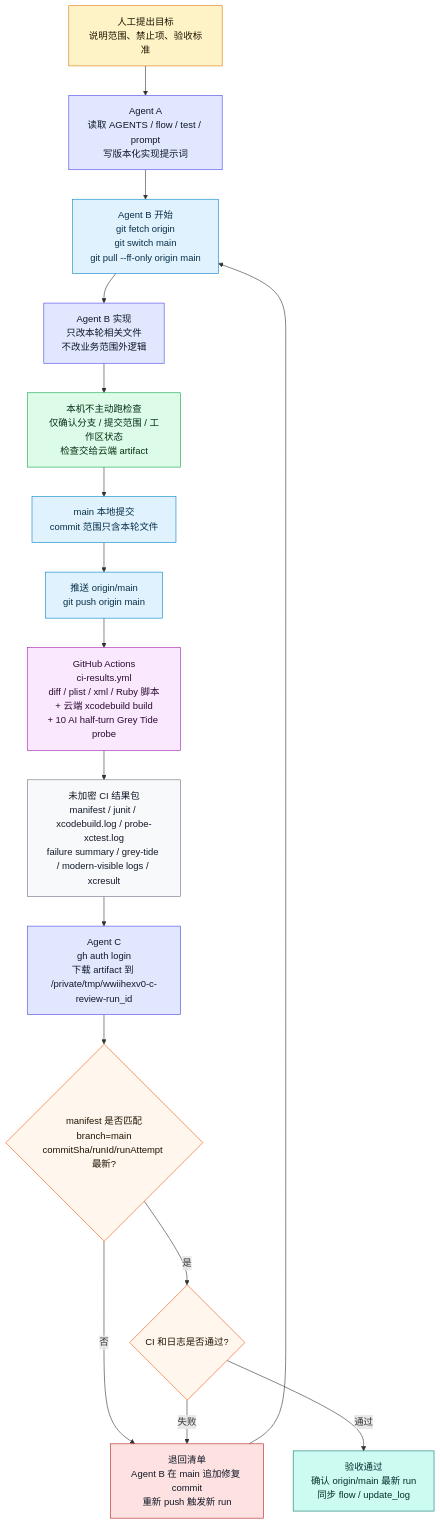
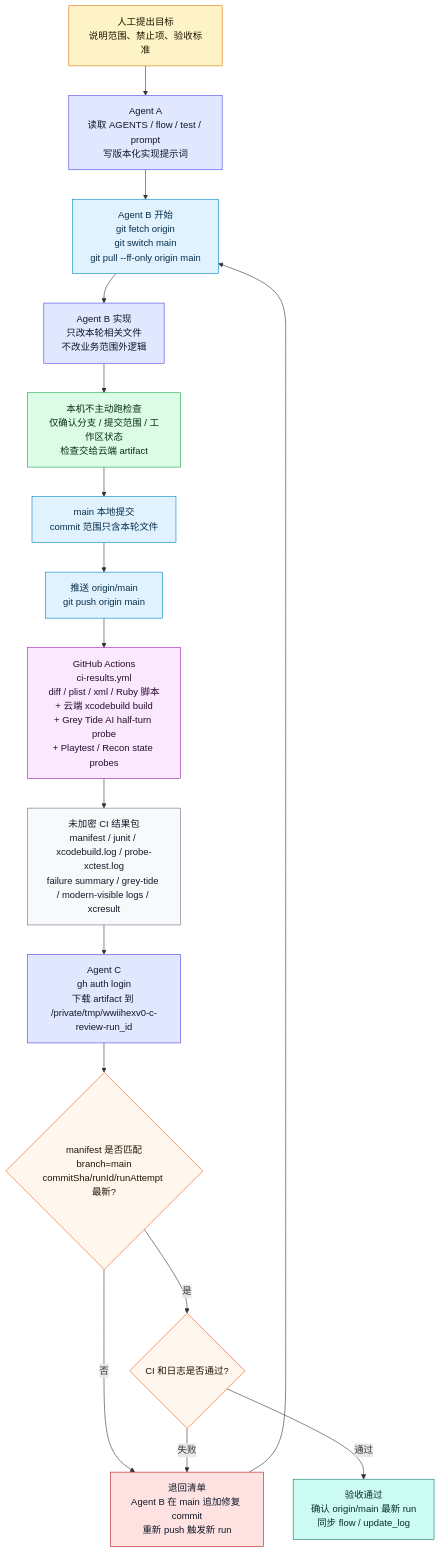
Before and after one commit to Altman-sam114/127: the first of 20 diagrams in md/flow/flowchart.md, drawn with Mermaid. The commit also changed 7 other files, not shown here.

Commit message:
test: add playtest mission probes

````diff
--- a/md/flow/flowchart.md
+++ b/md/flow/flowchart.md
@@ -31,33 +31,33 @@
 ```mermaid
 flowchart TD
     HUMAN["人工提出目标<br/>说明范围、禁止项、验收标准"]:::input
     A["Agent A<br/>读取 AGENTS / flow / test / prompt<br/>写版本化实现提示词"]:::agent
     B0["Agent B 开始<br/>git fetch origin<br/>git switch main<br/>git pull --ff-only origin main"]:::git
     B1["Agent B 实现<br/>只改本轮相关文件<br/>不改业务范围外逻辑"]:::agent
     LOCAL["本机不主动跑检查<br/>仅确认分支 / 提交范围 / 工作区状态<br/>检查交给云端 artifact"]:::check
     COMMIT["main 本地提交<br/>commit 范围只含本轮文件"]:::git
     PUSH["推送 origin/main<br/>git push origin main"]:::git
-    GHA["GitHub Actions<br/>ci-results.yml<br/>diff / plist / xml / Ruby 脚本<br/>+ 云端 xcodebuild build<br/>+ 10 AI half-turn Grey Tide probe"]:::cloud
+    GHA["GitHub Actions<br/>ci-results.yml<br/>diff / plist / xml / Ruby 脚本<br/>+ 云端 xcodebuild build<br/>+ Grey Tide AI half-turn probe<br/>+ Playtest / Recon state probes"]:::cloud
     ART["未加密 CI 结果包<br/>manifest / junit / xcodebuild.log / probe-xctest.log<br/>failure summary / grey-tide / modern-visible logs / xcresult"]:::artifact
     C0["Agent C<br/>gh auth login<br/>下载 artifact 到 /private/tmp/wwiihexv0-c-review-run_id"]:::agent
     C1{"manifest 是否匹配<br/>branch=main<br/>commitSha/runId/runAttempt 最新?"}:::decision
     C2{"CI 和日志是否通过?"}:::decision
     REJECT["退回清单<br/>Agent B 在 main 追加修复 commit<br/>重新 push 触发新 run"]:::stop
     ACCEPT["验收通过<br/>确认 origin/main 最新 run<br/>同步 flow / update_log"]:::ok
 
     HUMAN --> A --> B0 --> B1 --> LOCAL --> COMMIT --> PUSH --> GHA --> ART --> C0 --> C1
     C1 -->|否| REJECT --> B0
     C1 -->|是| C2
     C2 -->|失败| REJECT
     C2 -->|通过| ACCEPT
 
     classDef input fill:#fef3c7,stroke:#d97706,color:#1f1600
     classDef agent fill:#e0e7ff,stroke:#4f46e5,color:#111827
     classDef git fill:#e0f2fe,stroke:#0284c7,color:#082f49
     classDef check fill:#dcfce7,stroke:#16a34a,color:#052e16
     classDef cloud fill:#fae8ff,stroke:#a21caf,color:#2a0a2f
     classDef artifact fill:#f8f9fb,stroke:#6b7280,color:#111827
     classDef decision fill:#fff7ed,stroke:#ea580c,color:#1f1300
     classDef stop fill:#fee2e2,stroke:#b91c1c,color:#111827
     classDef ok fill:#ccfbf1,stroke:#0f766e,color:#042f2e
 ```
````
